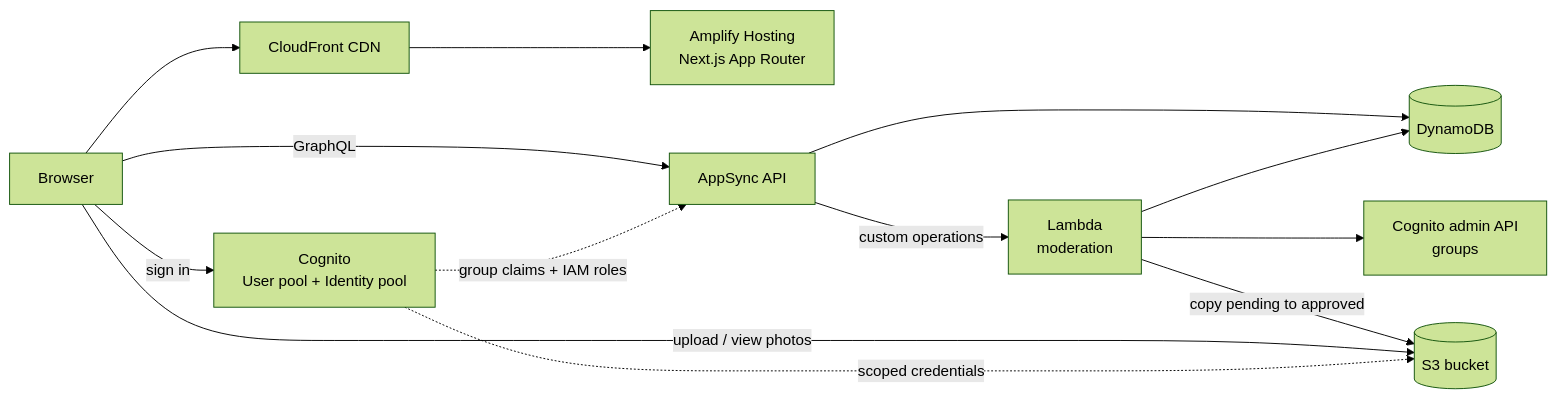
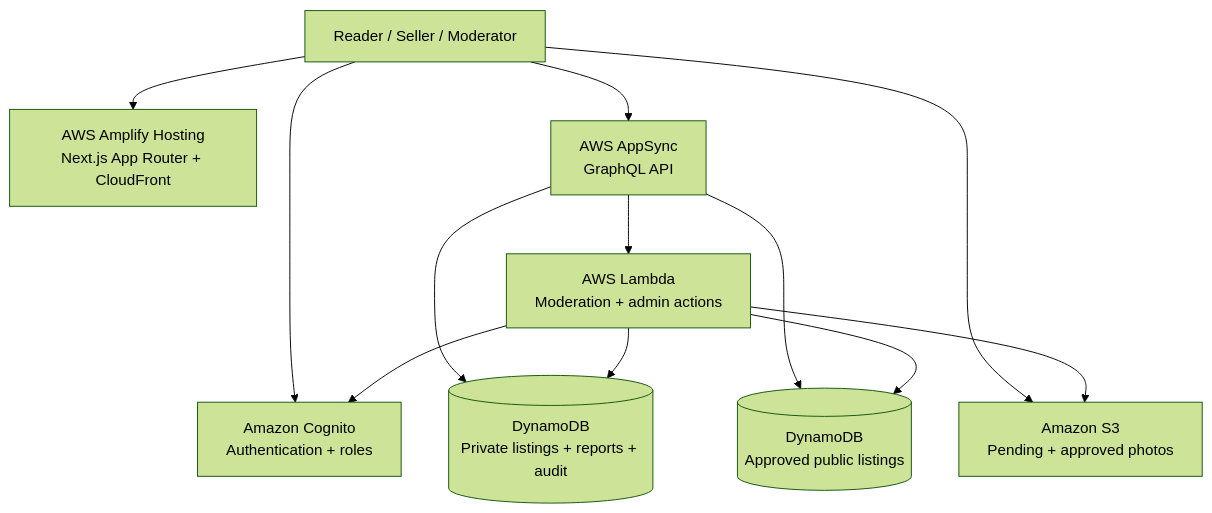
The first of 2 diagrams in README.md (jervilangelo/teolohiya-repo), drawn with Mermaid (forest theme) before and after one commit. The commit also changed other lines of this file, not shown here.

````diff
--- a/README.md
+++ b/README.md
@@ -45,15 +36,14 @@
 ```mermaid
-flowchart LR
-  U[Browser] --> CF[CloudFront CDN]
-  CF --> H[Amplify Hosting<br/>Next.js App Router]
-  U -->|sign in| COG[Cognito<br/>User pool + Identity pool]
-  U -->|GraphQL| APPSYNC[AppSync API]
-  APPSYNC --> DDB[(DynamoDB)]
-  APPSYNC -->|custom operations| LMB[Lambda<br/>moderation]
-  LMB --> DDB
-  LMB --> COGADM[Cognito admin API<br/>groups]
-  LMB -->|copy pending to approved| S3[(S3 bucket)]
-  U -->|upload / view photos| S3
-  COG -.->|group claims + IAM roles| APPSYNC
-  COG -.->|scoped credentials| S3
+flowchart TB
+    USER[Reader / Seller / Moderator] --> HOST[AWS Amplify Hosting<br/>Next.js App Router + CloudFront]
+    USER --> AUTH[Amazon Cognito<br/>Authentication + roles]
+    USER --> API[AWS AppSync<br/>GraphQL API]
+    API --> PRIVATE[(DynamoDB<br/>Private listings + reports + audit)]
+    API --> PUBLIC[(DynamoDB<br/>Approved public listings)]
+    API --> FN[AWS Lambda<br/>Moderation + admin actions]
+    FN --> PRIVATE
+    FN --> PUBLIC
+    FN --> AUTH
+    USER --> S3[Amazon S3<br/>Pending + approved photos]
+    FN --> S3
 ```
````
